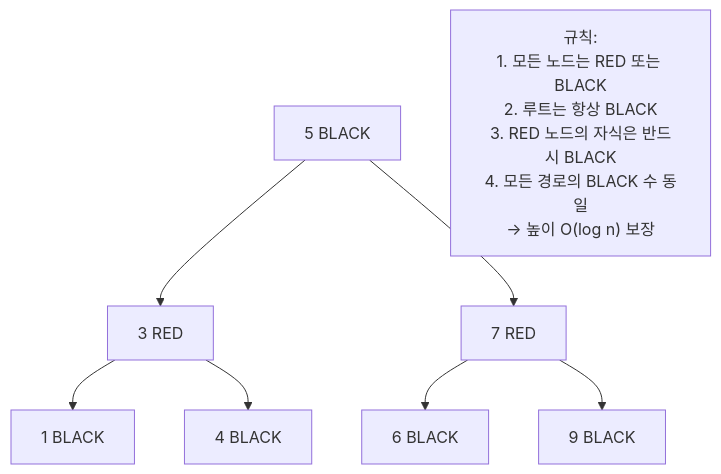
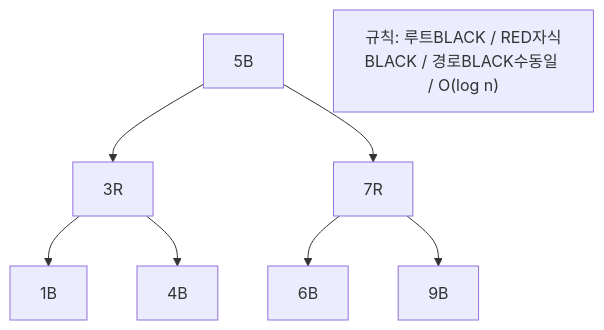
The ninth of 21 diagrams in _posts/java/2026-05-01-java-collections.md (yjkim2015/yjkim2015.github.io), drawn with Mermaid before and after one commit. The commit also changed other lines of this file and 215 other files, not shown here.

First line of the commit message:
신규 포스트 10개 추가 + Mermaid 전면 축소 + SystemDesign 시리즈 보강

````diff
--- a/_posts/java/2026-05-01-java-collections.md
+++ b/_posts/java/2026-05-01-java-collections.md
@@ -440,19 +352,7 @@
 ```mermaid
 graph TD
-    N5["5 BLACK"]
-    N3["3 RED"]
-    N7["7 RED"]
-    N1["1 BLACK"]
-    N4["4 BLACK"]
-    N6["6 BLACK"]
-    N9["9 BLACK"]
-
-    N5 --> N3
-    N5 --> N7
-    N3 --> N1
-    N3 --> N4
-    N7 --> N6
-    N7 --> N9
-
-    RULE["규칙:<br>1. 모든 노드는 RED 또는 BLACK<br>2. 루트는 항상 BLACK<br>3. RED 노드의 자식은 반드시 BLACK<br>4. 모든 경로의 BLACK 수 동일<br>→ 높이 O(log n) 보장"]
+    N5["5B"] --> N3["3R"] & N7["7R"]
+    N3 --> N1["1B"] & N4["4B"]
+    N7 --> N6["6B"] & N9["9B"]
+    RULE["규칙: 루트BLACK / RED자식BLACK / 경로BLACK수동일 / O(log n)"]
 ```
````
